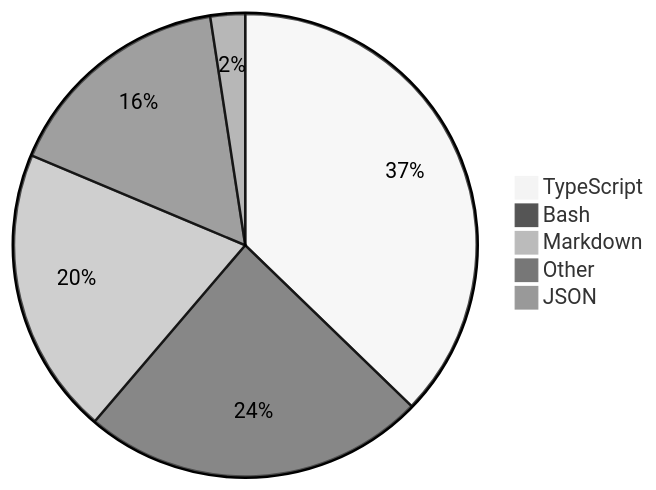
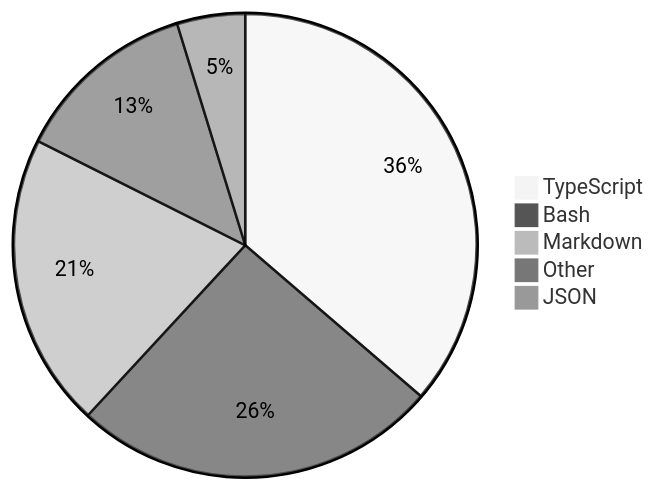
The diagram in README.md (skvggor/skvggor), drawn with Mermaid (neutral theme) before and after one commit.

Commit message:
Updated waka-readme graph with new metrics

````diff
--- a/README.md
+++ b/README.md
@@ -35,8 +35,8 @@
 ```mermaid
 pie
-    "TypeScript" : 36.9
-    "Bash" : 23.8
-    "Markdown" : 19.9
-    "Other" : 16.1
-    "JSON" : 2.4
+    "TypeScript" : 35.9
+    "Bash" : 25.3
+    "Markdown" : 20.3
+    "Other" : 12.7
+    "JSON" : 4.7
 ```
````
